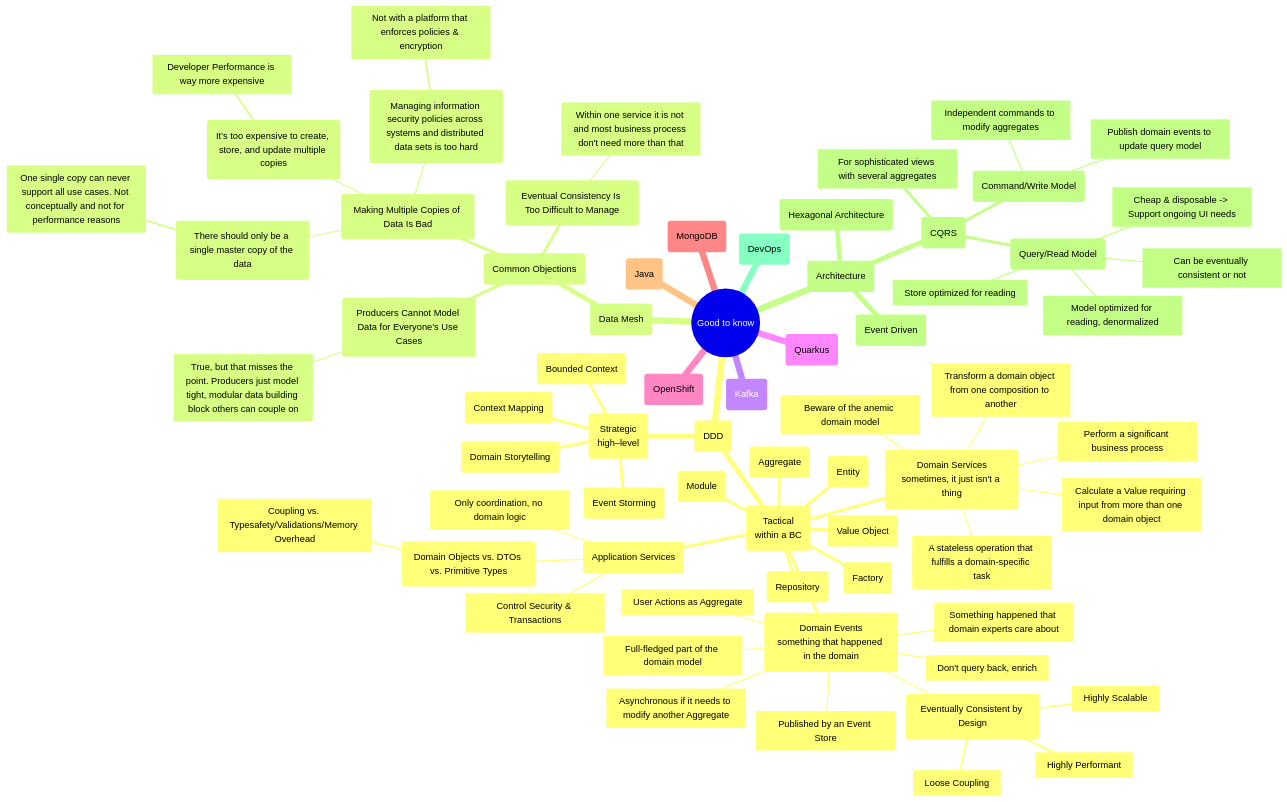
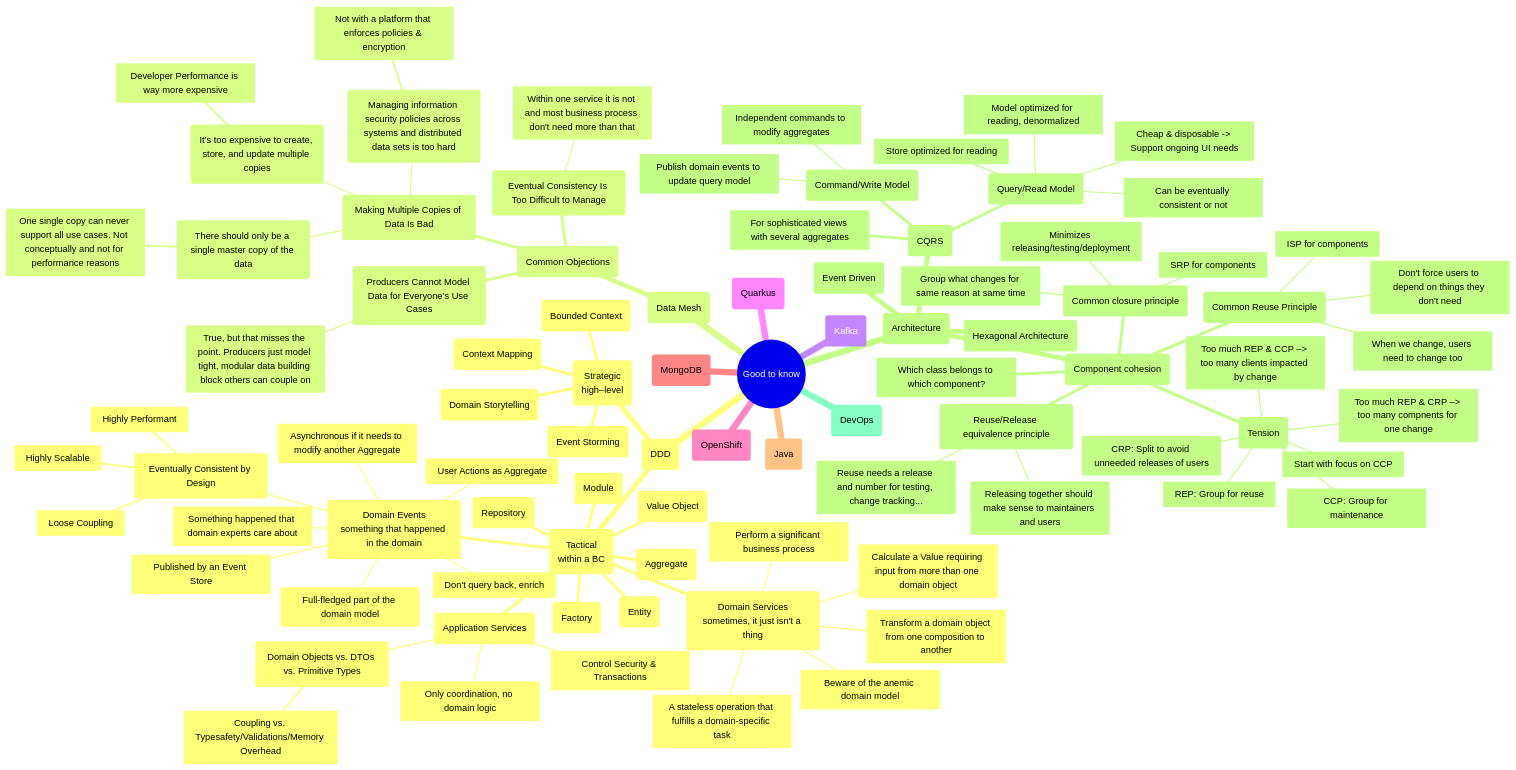
The diagram in README.md (mhaspra/mindmaps), drawn with Mermaid before and after one commit.

````diff
--- a/README.md
+++ b/README.md
@@ -68,5 +68,25 @@
       [Cheap & disposable -> Support ongoing UI needs]
       [Can be eventually consistent or not]
     (Event Driven)
+    (Component cohesion)
+     [Which class belongs to which component?]
+     (Reuse/Release equivalence principle)
+      [Reuse needs a release and number for testing, change tracking...]
+      [Releasing together should make sense to maintainers and users]
+     (Common closure principle)
+      [Group what changes for same reason at same time]
+      [SRP for components]
+      [Minimizes releasing/testing/deployment]
+     (Common Reuse Principle)
+      [Don't force users to depend on things they don't need]
+      [When we change, users need to change too]
+      [ISP for components]
+     (Tension)
+      [REP: Group for reuse]
+      [CCP: Group for maintenance]
+      [CRP: Split to avoid unneeded releases of users]
+      [Too much REP & CCP –> too many clients impacted by change]
+      [Too much REP & CRP –> too many compnents for one change]
+      [Start with focus on CCP]
    (DevOps)
 ```
````
